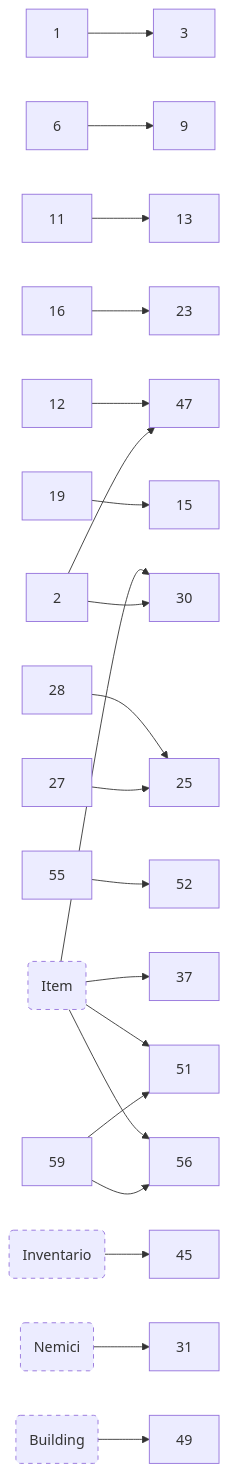
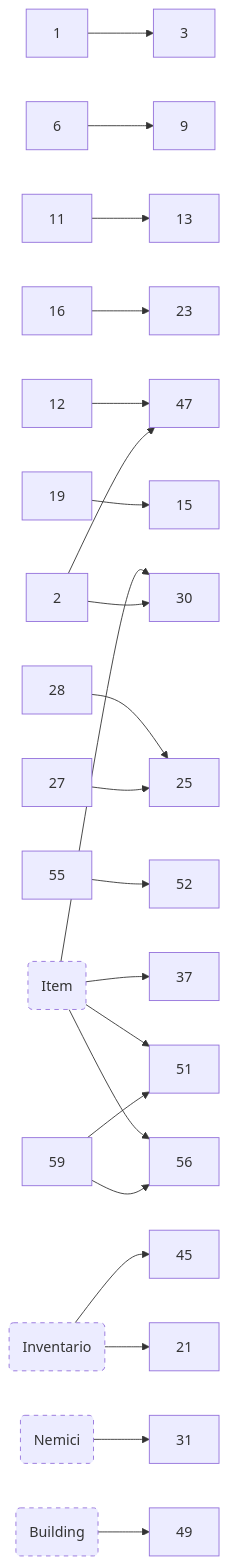
The third of 3 diagrams in docs/appendices/planning/PND.md (FilippoGurioli/super-chasm-hunter-pm), drawn with Mermaid before and after one commit. The commit also changed other lines of this file, not shown here.

````diff
--- a/docs/appendices/planning/PND.md
+++ b/docs/appendices/planning/PND.md
@@ -233,32 +227,33 @@
 ```mermaid
 graph LR
 Item(Item)
 Inventario(Inventario)
 Nemici(Nemici)
 Building(Building)
 
 %% Technical dependencies
 1 --> 3
 2 --> 30
 2 --> 47
 6 --> 9
 11 --> 13
 12 --> 47
 16 --> 23
 19 --> 15
 27 --> 25
 28 --> 25
 55 --> 52
 59 --> 51
 59 --> 56
 Nemici --> 31
 Inventario --> 45
+Inventario --> 21
 Building --> 49
 Item --> 30
 Item --> 37
 Item --> 51
 Item --> 56
 
     classDef dashed stroke-dasharray: 5 5;
     class Item,Nemici,Building,Inventario dashed;
 ```
````
